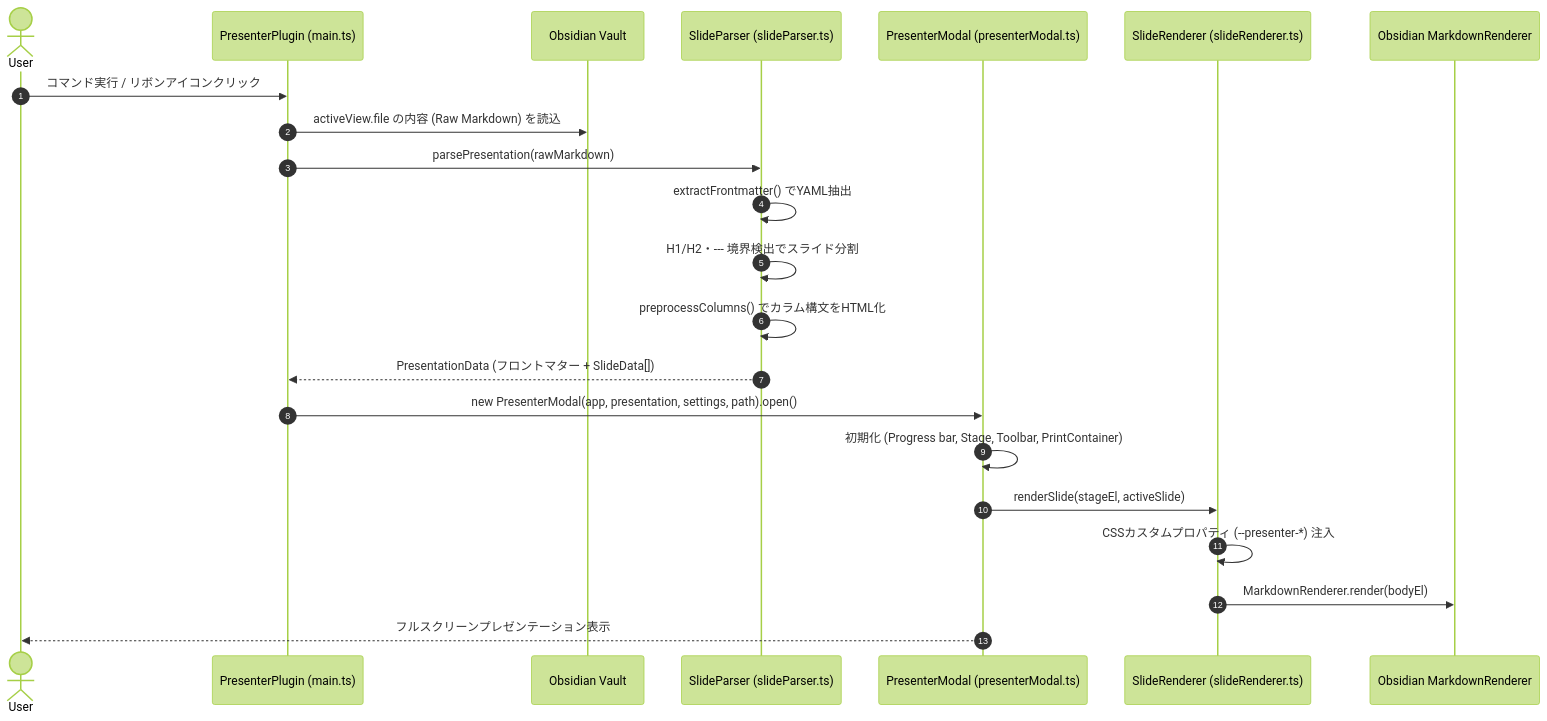
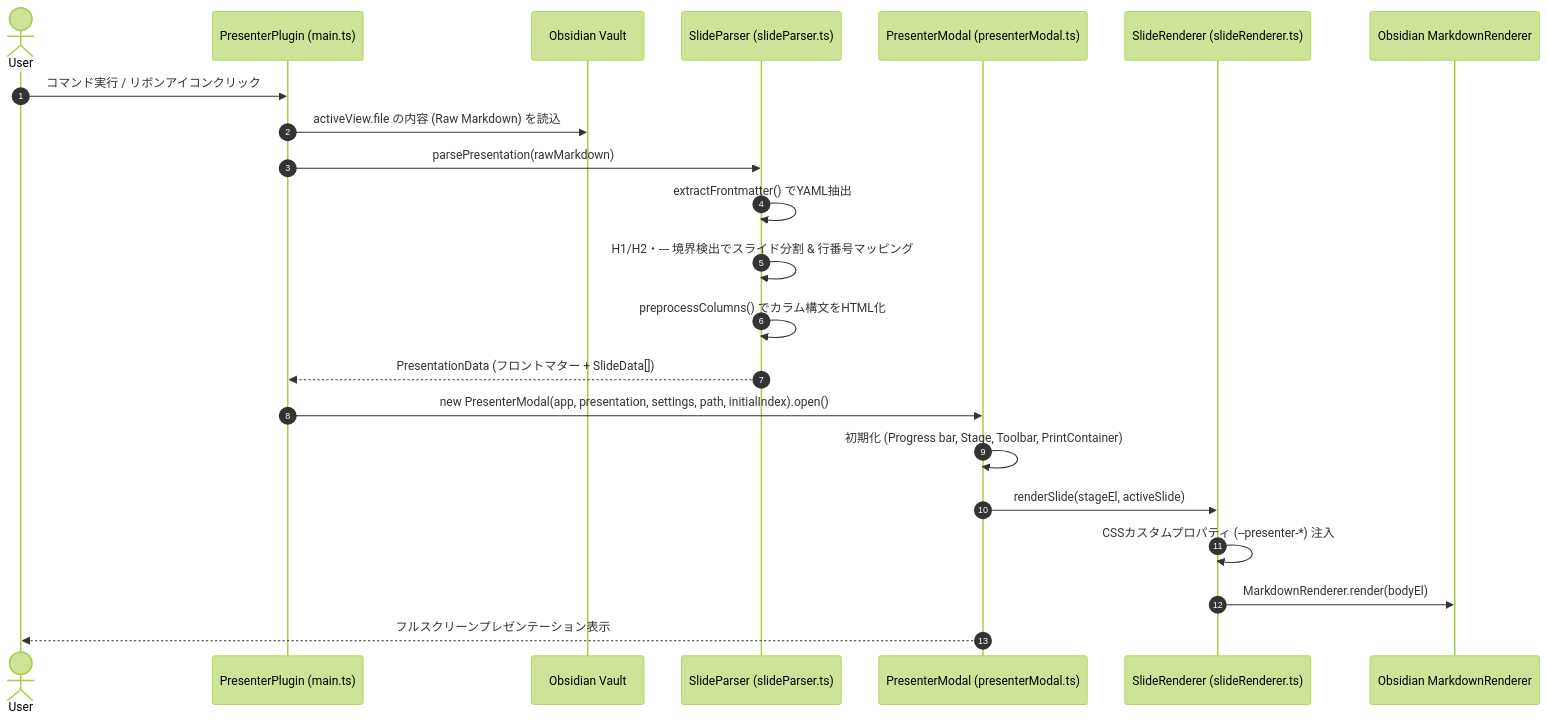
The second of 3 diagrams in docs/design/architecture.md (xhisashix/obsidian-plugin-presenter), drawn with Mermaid (forest theme) before and after one commit. The commit also changed other lines of this file and 11 other files, not shown here.

````diff
--- a/docs/design/architecture.md
+++ b/docs/design/architecture.md
@@ -54,25 +62,25 @@
 ```mermaid
 sequenceDiagram
     autonumber
     actor User
     participant Main as PresenterPlugin (main.ts)
     participant Vault as Obsidian Vault
     participant Parser as SlideParser (slideParser.ts)
     participant Modal as PresenterModal (presenterModal.ts)
     participant Renderer as SlideRenderer (slideRenderer.ts)
     participant NativeRenderer as Obsidian MarkdownRenderer
 
     User->>Main: コマンド実行 / リボンアイコンクリック
     Main->>Vault: activeView.file の内容 (Raw Markdown) を読込
     Main->>Parser: parsePresentation(rawMarkdown)
     Parser->>Parser: extractFrontmatter() でYAML抽出
-    Parser->>Parser: H1/H2・--- 境界検出でスライド分割
+    Parser->>Parser: H1/H2・--- 境界検出でスライド分割 & 行番号マッピング
     Parser->>Parser: preprocessColumns() でカラム構文をHTML化
     Parser-->>Main: PresentationData (フロントマター + SlideData[])
-    Main->>Modal: new PresenterModal(app, presentation, settings, path).open()
+    Main->>Modal: new PresenterModal(app, presentation, settings, path, initialIndex).open()
     Modal->>Modal: 初期化 (Progress bar, Stage, Toolbar, PrintContainer)
     Modal->>Renderer: renderSlide(stageEl, activeSlide)
     Renderer->>Renderer: CSSカスタムプロパティ (--presenter-*) 注入
     Renderer->>NativeRenderer: MarkdownRenderer.render(bodyEl)
     Modal-->>User: フルスクリーンプレゼンテーション表示
 ```
````
